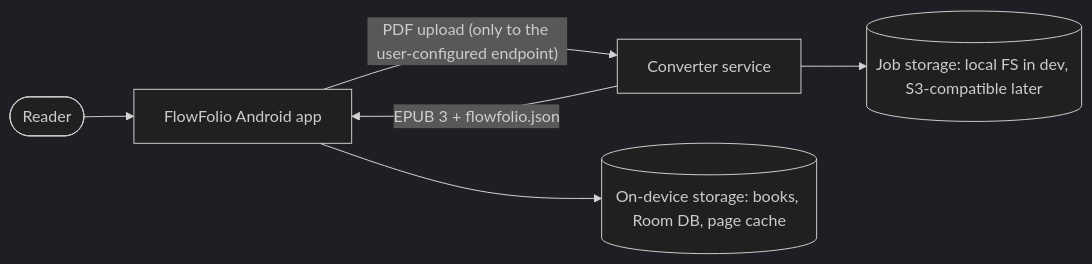
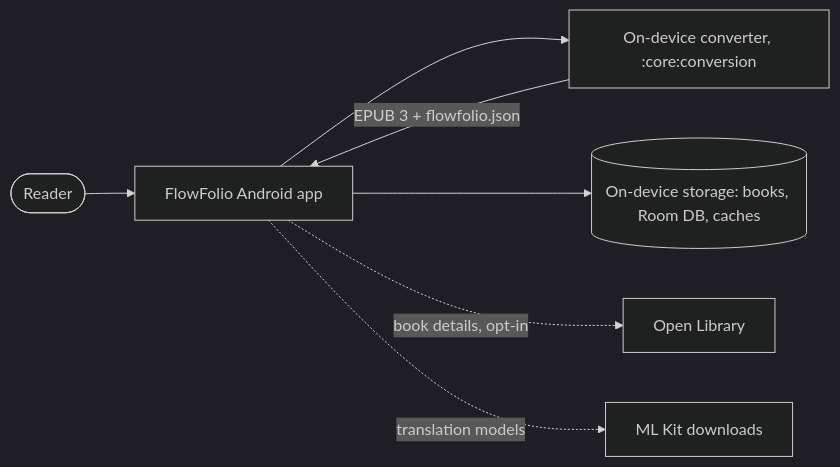
One commit to mgmourad/FlowFolio changed the first of 2 diagrams in docs/architecture.md. Above: the diagram before and after it, drawn with Mermaid (dark theme). The commit also changed other lines of this file and 187 other files, not shown here.

First line of the commit message:
feat(android): Phase 3, the converter on the phone and Dynamic Flow (0.3.0-alpha.1)

````diff
--- a/docs/architecture.md
+++ b/docs/architecture.md
@@ -7,8 +7,9 @@
 ```mermaid
 flowchart LR
   user([Reader]) --> app[FlowFolio Android app]
-  app -- "PDF upload (only to the user-configured endpoint)" --> conv[Converter service]
+  app --> conv[On-device converter, :core:conversion]
   conv -- "EPUB 3 + flowfolio.json" --> app
-  app --> storage[(On-device storage: books, Room DB, page cache)]
-  conv --> obj[(Job storage: local FS in dev, S3-compatible later)]
+  app --> storage[(On-device storage: books, Room DB, caches)]
+  app -. "book details, opt-in" .-> ol[Open Library]
+  app -. "translation models" .-> mlkit[ML Kit downloads]
 ```
````
